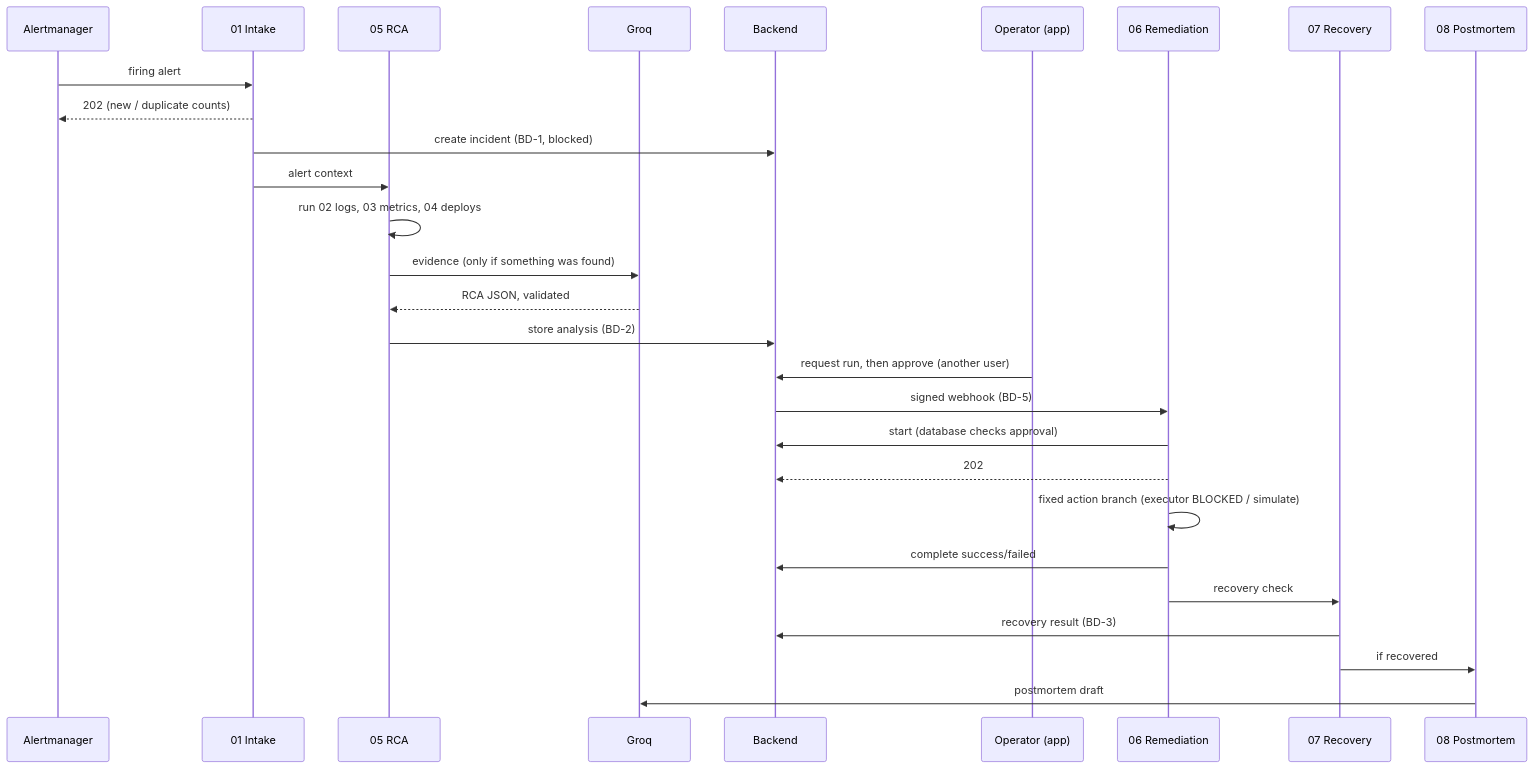
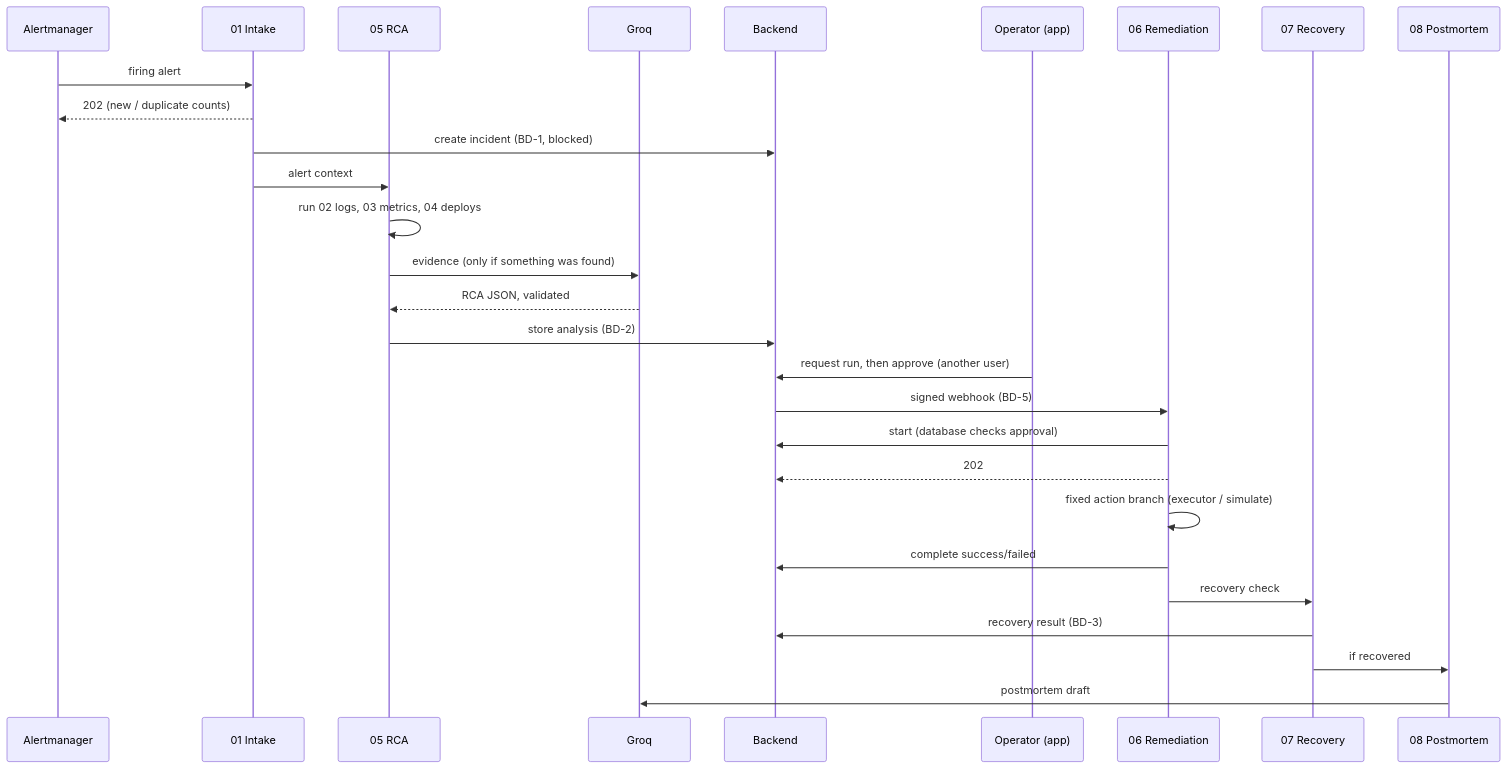
Before and after one commit to AI-DevOps-CommandCenter/ai-devops-command-center: the second of 2 diagrams in docs/automation-implementation-guide.md, drawn with Mermaid. The commit also changed other lines of this file and 16 other files, not shown here.

````diff
--- a/docs/automation-implementation-guide.md
+++ b/docs/automation-implementation-guide.md
@@ -51,30 +51,30 @@
 ```mermaid
 sequenceDiagram
   participant AM as Alertmanager
   participant N1 as 01 Intake
   participant N5 as 05 RCA
   participant G as Groq
   participant BE as Backend
   participant U as Operator (app)
   participant N6 as 06 Remediation
   participant N7 as 07 Recovery
   participant N8 as 08 Postmortem
   AM->>N1: firing alert
   N1-->>AM: 202 (new / duplicate counts)
   N1->>BE: create incident (BD-1, blocked)
   N1->>N5: alert context
   N5->>N5: run 02 logs, 03 metrics, 04 deploys
   N5->>G: evidence (only if something was found)
   G-->>N5: RCA JSON, validated
   N5->>BE: store analysis (BD-2)
   U->>BE: request run, then approve (another user)
   BE->>N6: signed webhook (BD-5)
   N6->>BE: start (database checks approval)
   N6-->>BE: 202
-  N6->>N6: fixed action branch (executor BLOCKED / simulate)
+  N6->>N6: fixed action branch (executor / simulate)
   N6->>BE: complete success/failed
   N6->>N7: recovery check
   N7->>BE: recovery result (BD-3)
   N7->>N8: if recovered
   N8->>G: postmortem draft
 ```
````
